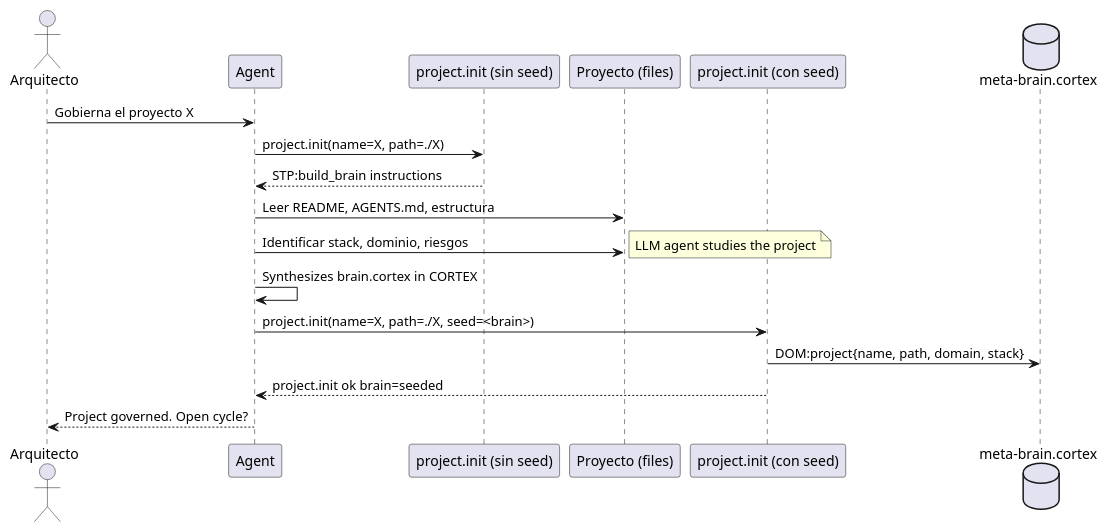
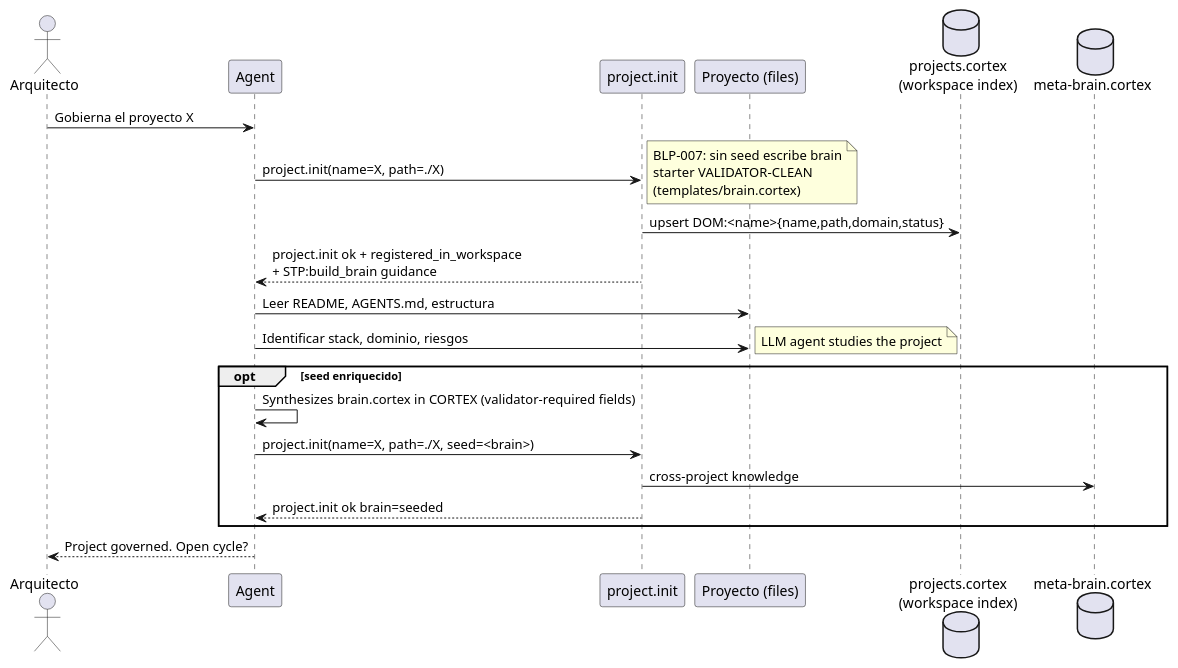
The diagram in src/arqux/skills/workflows/w02-govern-project.md (FidelErnesto03/arqux), drawn with PlantUML before and after one commit. The commit also changed other lines of this file and 27 other files, not shown here.

```diff
--- a/src/arqux/skills/workflows/w02-govern-project.md
+++ b/src/arqux/skills/workflows/w02-govern-project.md
@@ -13,23 +13,27 @@
 @startuml
 actor "Arquitecto" as A
 participant Agent as G
-participant "project.init (sin seed)" as PI1
+participant "project.init" as PI
 participant "Proyecto (files)" as PRJ
-participant "project.init (con seed)" as PI2
+database "projects.cortex\n(workspace index)" as PC
 database "meta-brain.cortex" as MB
 
 A -> G: Gobierna el proyecto X
-G -> PI1: project.init(name=X, path=./X)
-PI1 --> G: STP:build_brain instructions
+G -> PI: project.init(name=X, path=./X)
+note right: BLP-007: sin seed escribe brain\nstarter VALIDATOR-CLEAN\n(templates/brain.cortex)
+PI -> PC: upsert DOM:<name>{name,path,domain,status}
+PI --> G: project.init ok + registered_in_workspace\n+ STP:build_brain guidance
 
 G -> PRJ: Leer README, AGENTS.md, estructura
 G -> PRJ: Identificar stack, dominio, riesgos
 note right: LLM agent studies the project
 
-G -> G: Synthesizes brain.cortex in CORTEX
-G -> PI2: project.init(name=X, path=./X, seed=<brain>)
-PI2 -> MB: DOM:project{name, path, domain, stack}
-PI2 --> G: project.init ok brain=seeded
+opt seed enriquecido
+  G -> G: Synthesizes brain.cortex in CORTEX (validator-required fields)
+  G -> PI: project.init(name=X, path=./X, seed=<brain>)
+  PI -> MB: cross-project knowledge
+  PI --> G: project.init ok brain=seeded
+end
 
 G --> A: Project governed. Open cycle?
 @enduml
```
